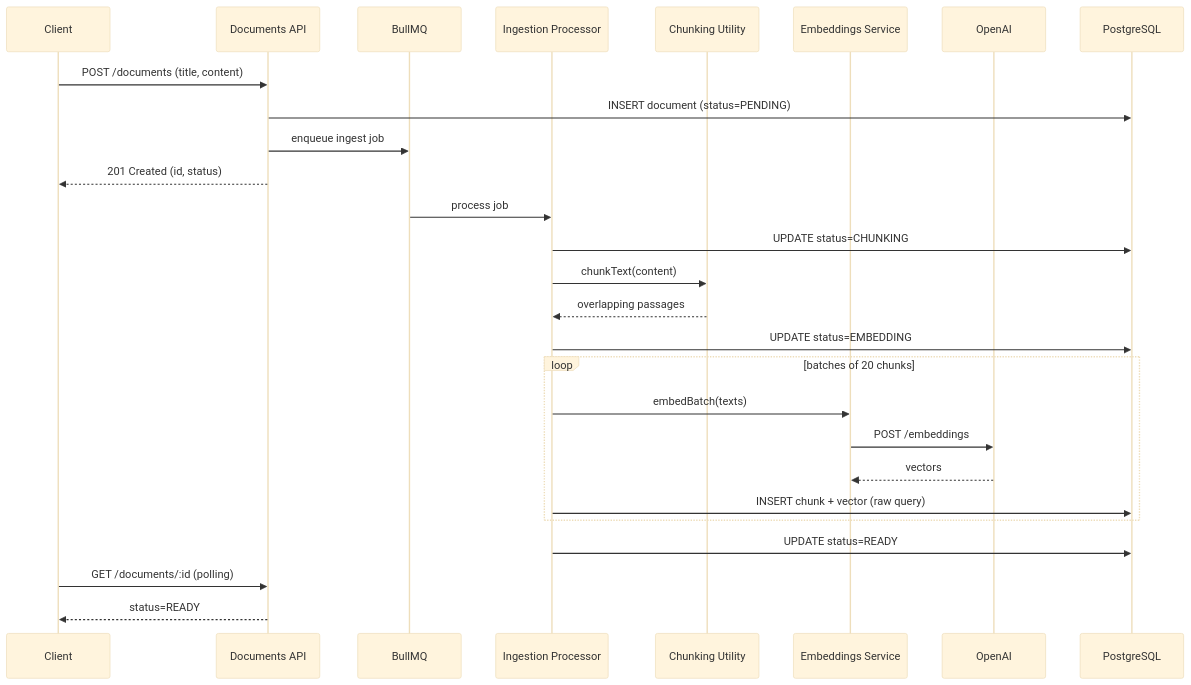
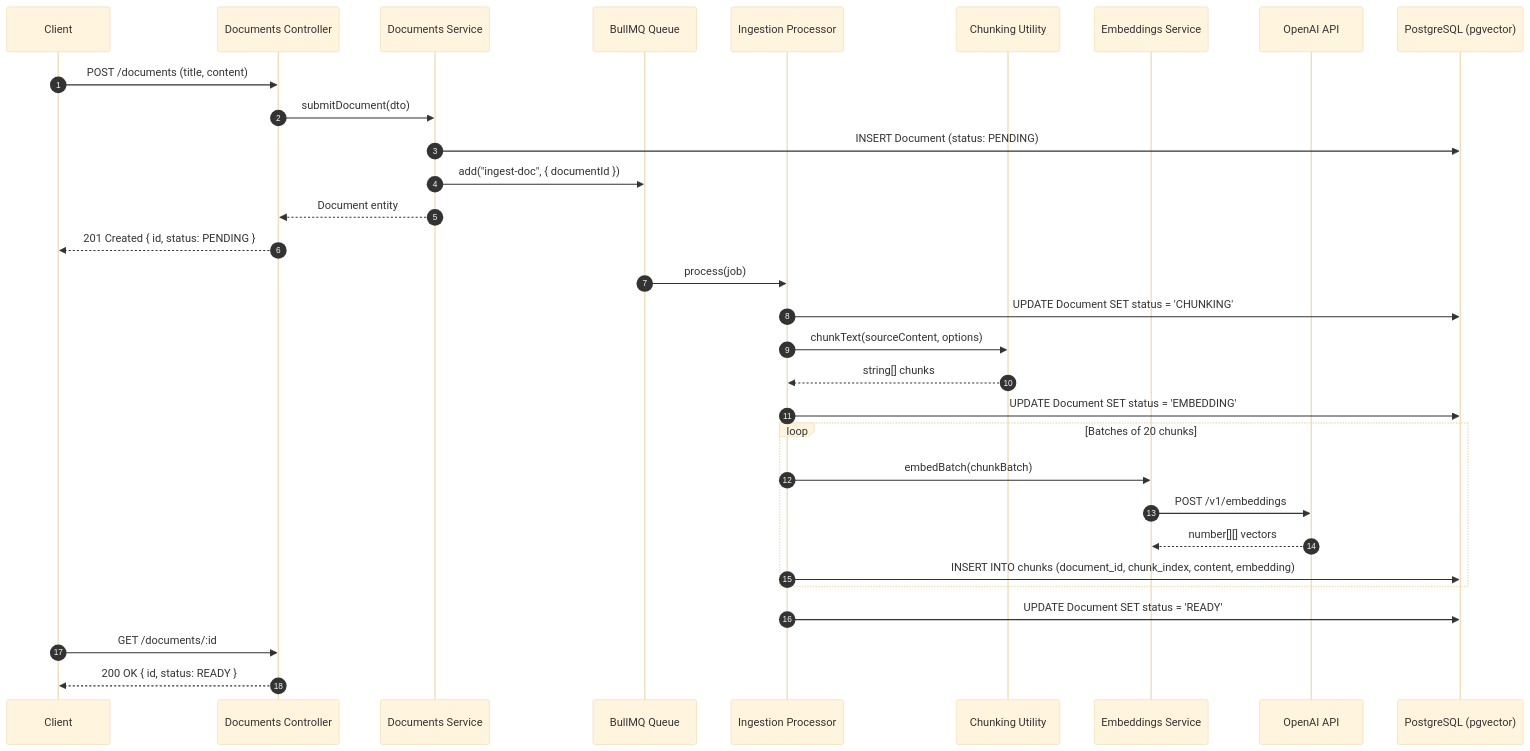
The third of 3 diagrams in README.md (mo74x/Docmind), drawn with Mermaid (base theme) before and after one commit. The commit also changed other lines of this file, not shown here.

````diff
--- a/README.md
+++ b/README.md
@@ -188,33 +159,37 @@
 ```mermaid
 sequenceDiagram
+    autonumber
     participant Client
-    participant API as Documents API
-    participant Queue as BullMQ
+    participant API as Documents Controller
+    participant Service as Documents Service
+    participant Queue as BullMQ Queue
     participant Worker as Ingestion Processor
     participant Chunker as Chunking Utility
     participant Embedder as Embeddings Service
-    participant OpenAI
-    participant DB as PostgreSQL
+    participant OpenAI as OpenAI API
+    participant DB as PostgreSQL (pgvector)
 
     Client->>API: POST /documents (title, content)
-    API->>DB: INSERT document (status=PENDING)
-    API->>Queue: enqueue ingest job
-    API-->>Client: 201 Created (id, status)
+    API->>Service: submitDocument(dto)
+    Service->>DB: INSERT Document (status: PENDING)
+    Service->>Queue: add("ingest-doc", { documentId })
+    Service-->>API: Document entity
+    API-->>Client: 201 Created { id, status: PENDING }
 
-    Queue->>Worker: process job
-    Worker->>DB: UPDATE status=CHUNKING
-    Worker->>Chunker: chunkText(content)
-    Chunker-->>Worker: overlapping passages
+    Queue->>Worker: process(job)
+    Worker->>DB: UPDATE Document SET status = 'CHUNKING'
+    Worker->>Chunker: chunkText(sourceContent, options)
+    Chunker-->>Worker: string[] chunks
 
-    Worker->>DB: UPDATE status=EMBEDDING
-    loop batches of 20 chunks
-        Worker->>Embedder: embedBatch(texts)
-        Embedder->>OpenAI: POST /embeddings
-        OpenAI-->>Embedder: vectors
-        Worker->>DB: INSERT chunk + vector (raw query)
+    Worker->>DB: UPDATE Document SET status = 'EMBEDDING'
+    loop Batches of 20 chunks
+        Worker->>Embedder: embedBatch(chunkBatch)
+        Embedder->>OpenAI: POST /v1/embeddings
+        OpenAI-->>Embedder: number[][] vectors
+        Worker->>DB: INSERT INTO chunks (document_id, chunk_index, content, embedding)
     end
 
-    Worker->>DB: UPDATE status=READY
-    Client->>API: GET /documents/:id (polling)
-    API-->>Client: status=READY
+    Worker->>DB: UPDATE Document SET status = 'READY'
+    Client->>API: GET /documents/:id
+    API-->>Client: 200 OK { id, status: READY }
 ```
````
